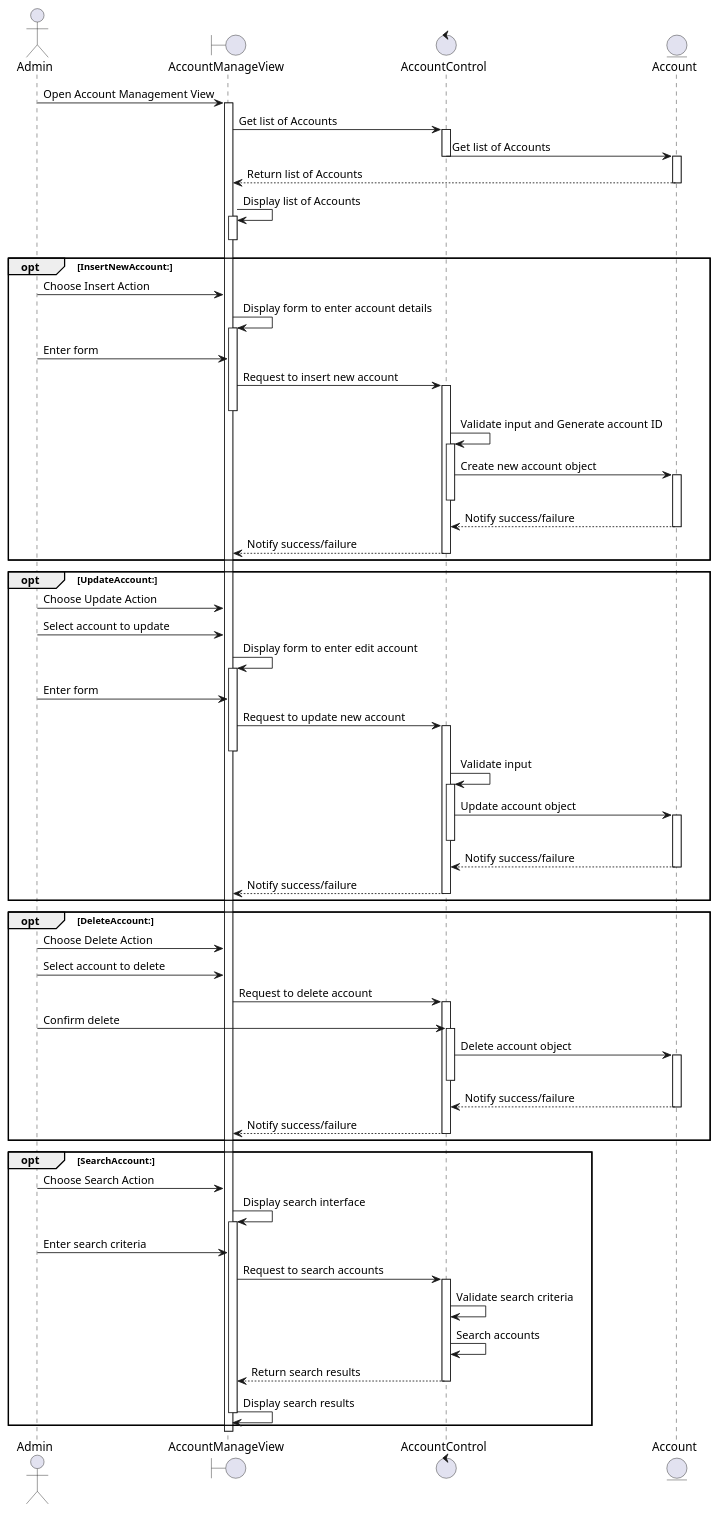
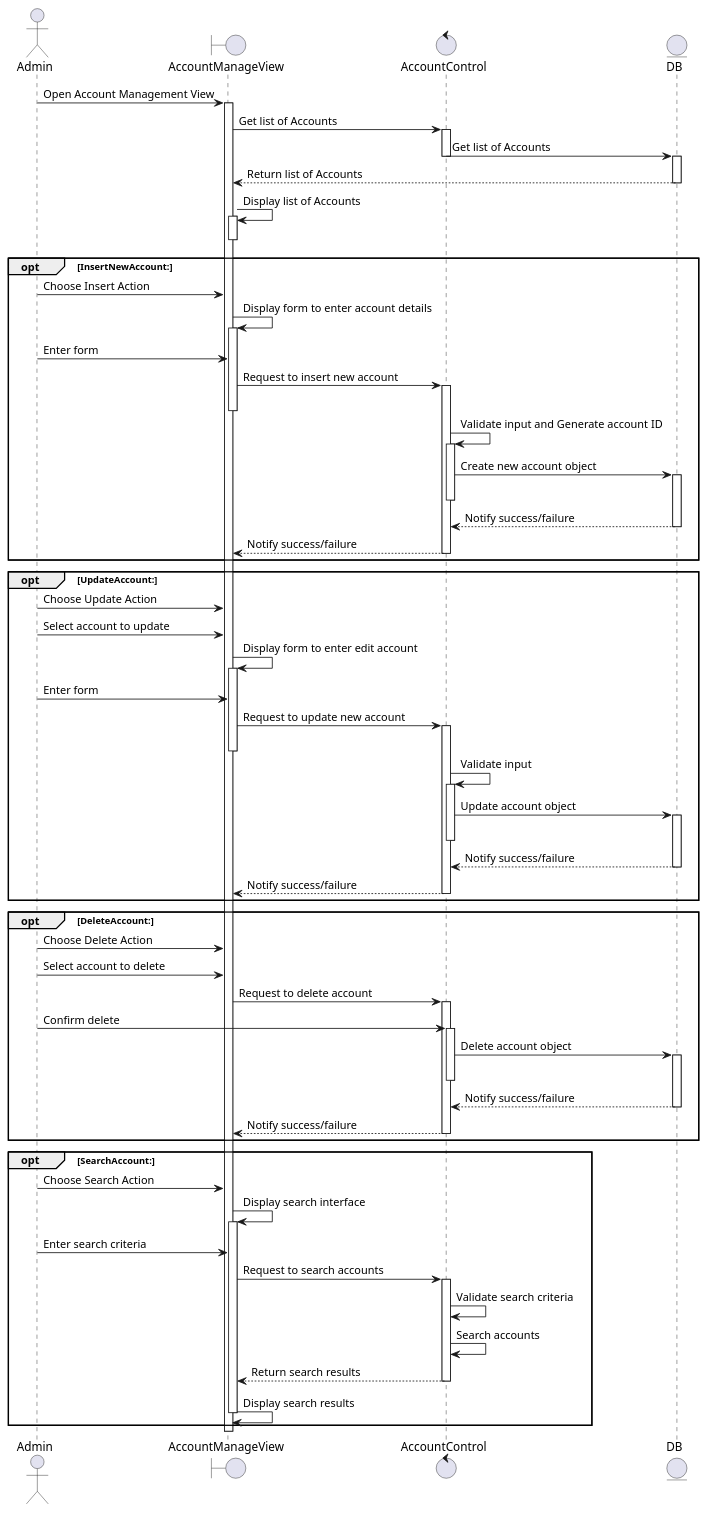
One commit to phamnhutdanh/SE357-Pratice-class changed the diagram in Lab 1/Lab 1.2/sequence_diagram/seqManageAccount.plantuml. Above: the diagram before and after it, drawn with PlantUML. The commit also changed 19 other files, not shown here.

```diff
--- a/Lab 1/Lab 1.2/sequence_diagram/seqManageAccount.plantuml
+++ b/Lab 1/Lab 1.2/sequence_diagram/seqManageAccount.plantuml
@@ -1,90 +1,90 @@
-@startuml
+@startuml 
 actor Admin 
 boundary AccountManageView 
 control AccountControl
-entity Account 
+entity DB 
 
 Admin -> AccountManageView: Open Account Management View
 activate AccountManageView 
 AccountManageView -> AccountControl : Get list of Accounts
 activate AccountControl 
-AccountControl -> Account: Get list of Accounts
+AccountControl -> DB: Get list of Accounts
 deactivate AccountControl
-activate Account
-Account --> AccountManageView: Return list of Accounts
-deactivate Account
+activate DB
+DB --> AccountManageView: Return list of Accounts
+deactivate DB
 AccountManageView -> AccountManageView: Display list of Accounts
 activate AccountManageView 
 deactivate AccountManageView 
 
 opt InsertNewAccount:
     Admin -> AccountManageView: Choose Insert Action
     AccountManageView -> AccountManageView: Display form to enter account details
     activate AccountManageView
     Admin-> AccountManageView : Enter form
     AccountManageView -> AccountControl: Request to insert new account
     activate AccountControl    
     deactivate AccountManageView
     AccountControl -> AccountControl: Validate input and Generate account ID
     activate AccountControl
-    AccountControl -> Account: Create new account object
-    activate Account
+    AccountControl -> DB: Create new account object
+    activate DB
     deactivate AccountControl
-    Account--> AccountControl : Notify success/failure
-    deactivate Account
+    DB--> AccountControl : Notify success/failure
+    deactivate DB
     AccountControl --> AccountManageView: Notify success/failure
     deactivate AccountControl
 end   
 
 opt UpdateAccount:
     Admin -> AccountManageView: Choose Update Action
     Admin -> AccountManageView: Select account to update
     AccountManageView -> AccountManageView: Display form to enter edit account
     activate AccountManageView
     Admin-> AccountManageView : Enter form
     AccountManageView -> AccountControl: Request to update new account
     activate AccountControl    
     deactivate AccountManageView
     AccountControl -> AccountControl: Validate input
     activate AccountControl
-    AccountControl -> Account: Update account object
-    activate Account
+    AccountControl -> DB: Update account object
+    activate DB
     deactivate AccountControl
-    Account--> AccountControl : Notify success/failure
-    deactivate Account
+    DB--> AccountControl : Notify success/failure
+    deactivate DB
     AccountControl --> AccountManageView: Notify success/failure
     deactivate AccountControl
 end  
 
 opt DeleteAccount:
     Admin -> AccountManageView: Choose Delete Action
     Admin -> AccountManageView: Select account to delete
     AccountManageView -> AccountControl: Request to delete account
     activate AccountControl    
     Admin -> AccountControl: Confirm delete
     activate AccountControl
-    AccountControl -> Account: Delete account object
-    activate Account
+    AccountControl -> DB: Delete account object
+    activate DB
     deactivate AccountControl
-    Account--> AccountControl : Notify success/failure
-    deactivate Account
+    DB--> AccountControl : Notify success/failure
+    deactivate DB
     AccountControl --> AccountManageView: Notify success/failure
     deactivate AccountControl
 end  
 
 opt SearchAccount:
     Admin -> AccountManageView: Choose Search Action
     AccountManageView -> AccountManageView: Display search interface
     activate AccountManageView 
     Admin -> AccountManageView: Enter search criteria
     AccountManageView -> AccountControl: Request to search accounts
     activate AccountControl
     AccountControl -> AccountControl: Validate search criteria
     AccountControl -> AccountControl: Search accounts
     AccountControl --> AccountManageView: Return search results
     deactivate AccountControl
     AccountManageView -> AccountManageView: Display search results
     deactivate AccountManageView 
 end
    deactivate AccountManageView 
 @enduml
```
